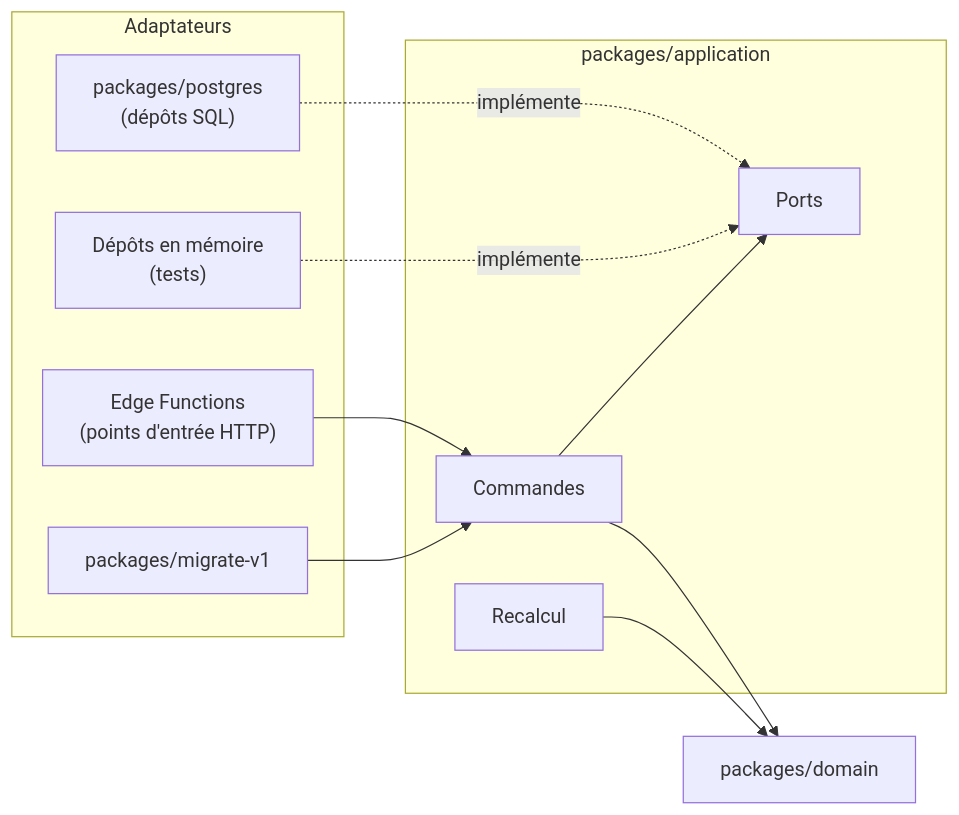
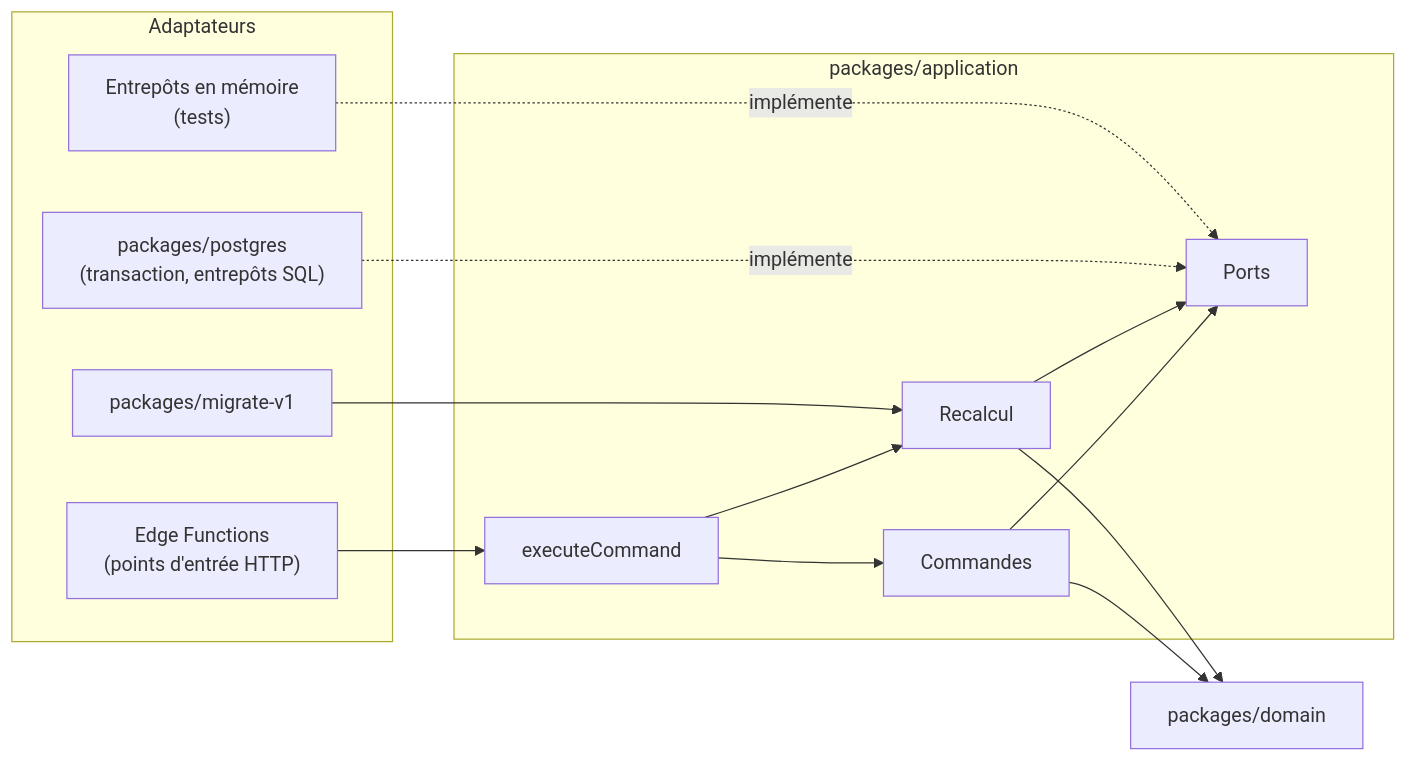
The diagram in docs/adr/0023-ecritures-en-trois-couches.md (Charkx/Arrakard), drawn with Mermaid before and after one commit. The commit also changed other lines of this file and 6 other files, not shown here.

````diff
--- a/docs/adr/0023-ecritures-en-trois-couches.md
+++ b/docs/adr/0023-ecritures-en-trois-couches.md
@@ -33,22 +33,26 @@
 ```mermaid
 flowchart LR
   subgraph adapters["Adaptateurs"]
     fn["Edge Functions<br/>(points d'entrée HTTP)"]
-    pg["packages/postgres<br/>(dépôts SQL)"]
-    mem["Dépôts en mémoire<br/>(tests)"]
+    pg["packages/postgres<br/>(transaction, entrepôts SQL)"]
+    mem["Entrepôts en mémoire<br/>(tests)"]
     mig["packages/migrate-v1"]
   end
   subgraph application["packages/application"]
+    exec["executeCommand"]
     cmd["Commandes"]
+    rec["Recalcul"]
     ports["Ports"]
-    rec["Recalcul"]
   end
   domain["packages/domain"]
-  fn --> cmd
-  mig --> cmd
+  fn --> exec
+  exec --> cmd
+  exec --> rec
+  mig --> rec
+  cmd --> ports
+  rec --> ports
+  cmd --> domain
+  rec --> domain
   pg -. implémente .-> ports
   mem -. implémente .-> ports
-  cmd --> ports
-  cmd --> domain
-  rec --> domain
 ```
````
